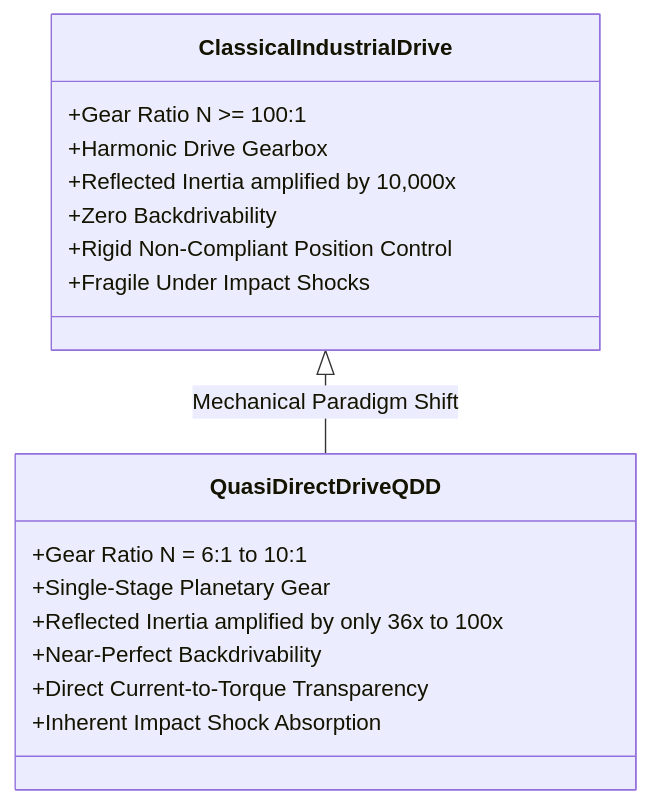
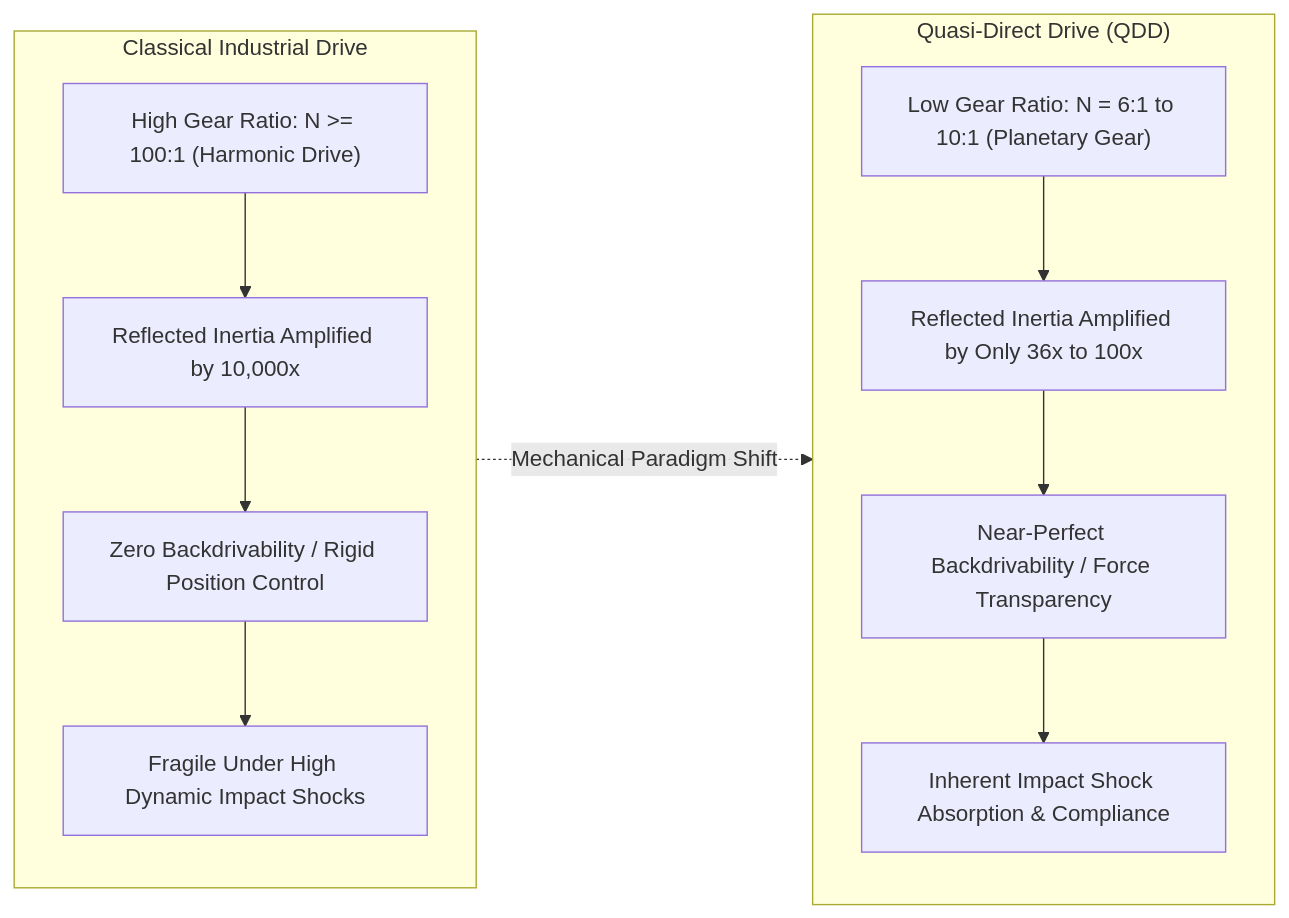
Before and after one commit to kenjinote/blog: the sixth of 9 diagrams in content/post/physical-ai-embodied-intelligence-robotics-vla-guide/index.en.md, drawn with Mermaid. The commit also changed other lines of this file and 12 other files, not shown here.

Commit message:
fix(post): update publication date to today, fix mermaid syntax errors, and resolve unparsed bold markdown across all languages

````diff
--- a/content/post/physical-ai-embodied-intelligence-robotics-vla-guide/index.en.md
+++ b/content/post/physical-ai-embodied-intelligence-robotics-vla-guide/index.en.md
@@ -315,20 +315,22 @@
 ```mermaid
-classDiagram
-    class ClassicalIndustrialDrive {
-        +Gear Ratio N >= 100:1
-        +Harmonic Drive Gearbox
-        +Reflected Inertia amplified by 10,000x
-        +Zero Backdrivability
-        +Rigid Non-Compliant Position Control
-        +Fragile Under Impact Shocks
-    }
-    class QuasiDirectDriveQDD {
-        +Gear Ratio N = 6:1 to 10:1
-        +Single-Stage Planetary Gear
-        +Reflected Inertia amplified by only 36x to 100x
-        +Near-Perfect Backdrivability
-        +Direct Current-to-Torque Transparency
-        +Inherent Impact Shock Absorption
-    }
-    ClassicalIndustrialDrive <|-- QuasiDirectDriveQDD : Mechanical Paradigm Shift
+flowchart LR
+    subgraph Classical ["Classical Industrial Drive"]
+        direction TB
+        C1["High Gear Ratio: N >= 100:1 (Harmonic Drive)"]
+        C2["Reflected Inertia Amplified by 10,000x"]
+        C3["Zero Backdrivability / Rigid Position Control"]
+        C4["Fragile Under High Dynamic Impact Shocks"]
+        C1 --> C2 --> C3 --> C4
+    end
+
+    subgraph QDD ["Quasi-Direct Drive (QDD)"]
+        direction TB
+        Q1["Low Gear Ratio: N = 6:1 to 10:1 (Planetary Gear)"]
+        Q2["Reflected Inertia Amplified by Only 36x to 100x"]
+        Q3["Near-Perfect Backdrivability / Force Transparency"]
+        Q4["Inherent Impact Shock Absorption & Compliance"]
+        Q1 --> Q2 --> Q3 --> Q4
+    end
+
+    Classical -.->|Mechanical Paradigm Shift| QDD
 ```
````
